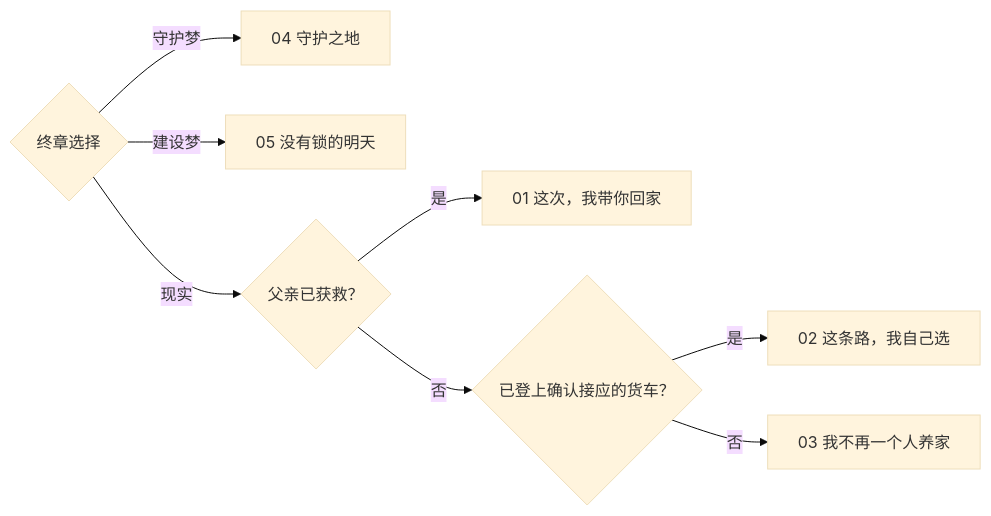
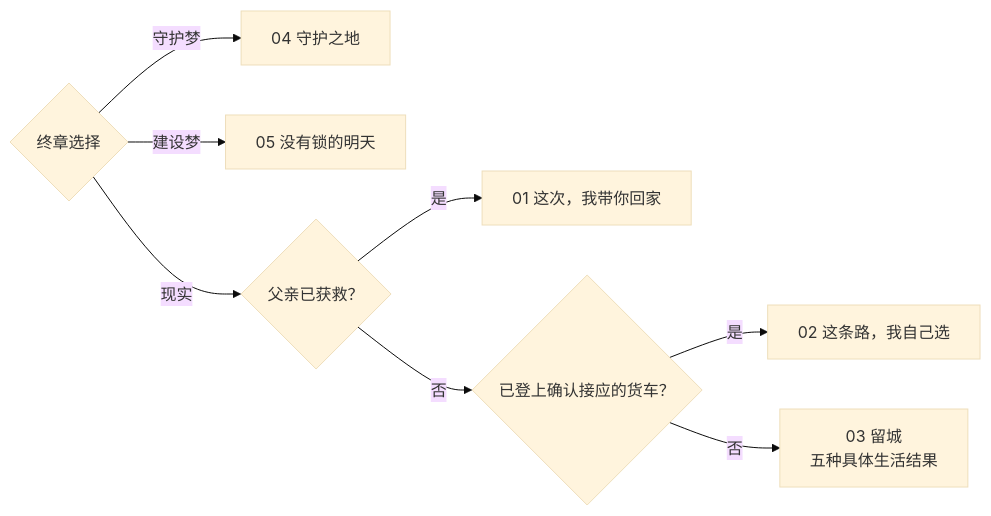
Before and after one commit to xypasolini-droid/sister-which-way: the second of 3 diagrams in docs/design/STORY-FLOW.md, drawn with Mermaid (base theme). The commit also changed other lines of this file and 37 other files, not shown here.

````diff
--- a/docs/design/STORY-FLOW.md
+++ b/docs/design/STORY-FLOW.md
@@ -43,10 +43,10 @@
 ```mermaid
 flowchart LR
   X{终章选择} -->|守护梦| D1["04 守护之地"]
   X -->|建设梦| D2["05 没有锁的明天"]
   X -->|现实| A{父亲已获救？}
   A -->|是| E1["01 这次，我带你回家"]
   A -->|否| B{已登上确认接应的货车？}
   B -->|是| E2["02 这条路，我自己选"]
-  B -->|否| E3["03 我不再一个人养家"]
+  B -->|否| E3["03 留城<br/>五种具体生活结果"]
 ```
````
